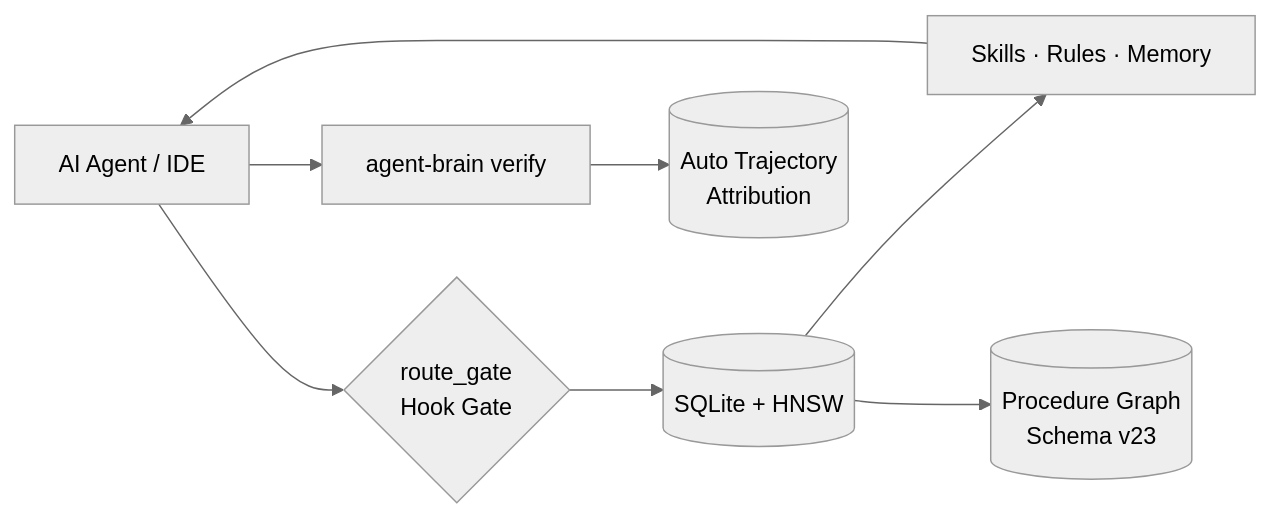
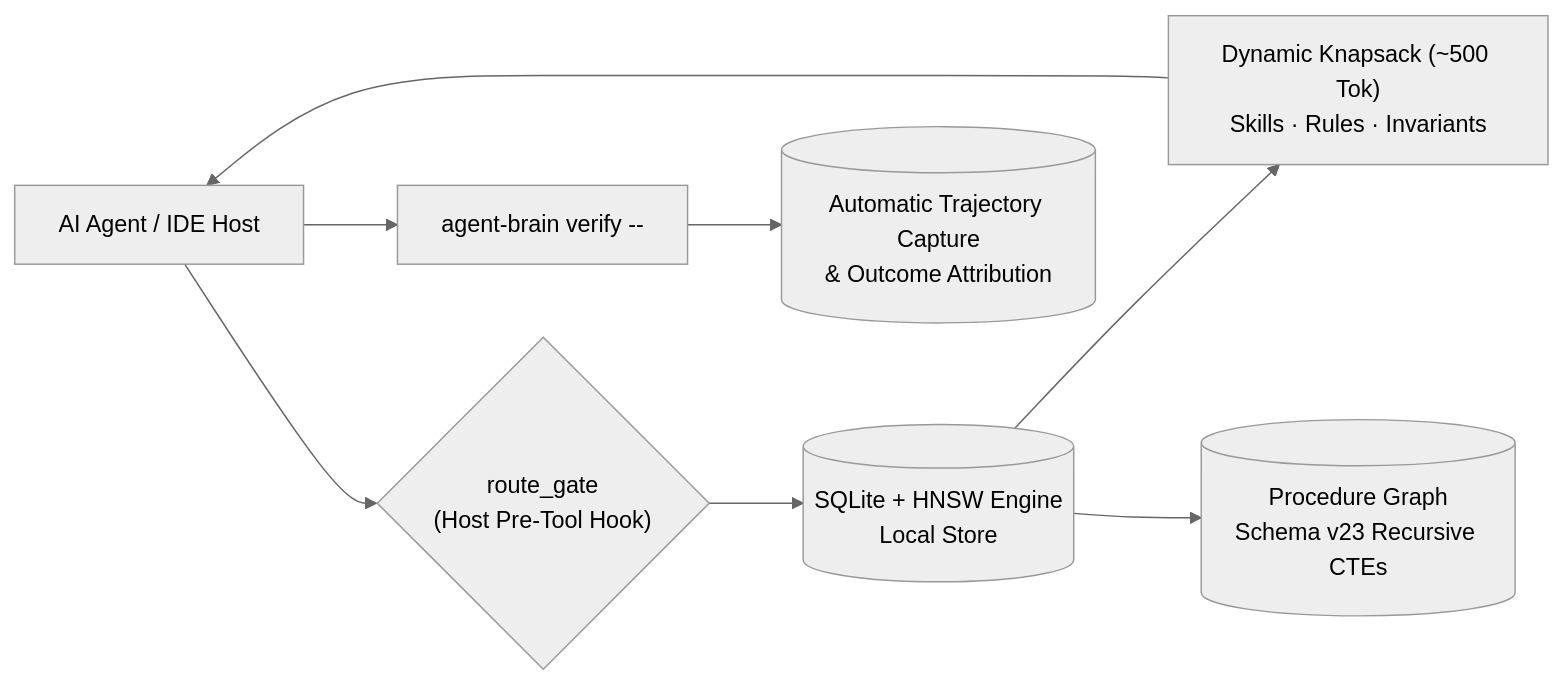
Before and after one commit to autonomic-ai-dev/agent-brain: the diagram in README.md, drawn with Mermaid (neutral theme). The commit also changed other lines of this file and 6 other files, not shown here.

````diff
--- a/README.md
+++ b/README.md
@@ -7,10 +16,10 @@
 ```mermaid
 flowchart LR
-    Host[AI Agent / IDE] --> Gate{route_gate<br>Hook Gate}
-    Gate --> Engine[(SQLite + HNSW)]
-    Engine --> Context[Skills · Rules · Memory]
-    Engine --> Graph[(Procedure Graph<br>Schema v23)]
+    Host["AI Agent / IDE Host"] --> Gate{"route_gate<br/>(Host Pre-Tool Hook)"}
+    Gate --> Engine[("SQLite + HNSW Engine<br/>Local Store")]
+    Engine --> Context["Dynamic Knapsack (~500 Tok)<br/>Skills · Rules · Invariants"]
+    Engine --> Graph[("Procedure Graph<br/>Schema v23 Recursive CTEs")]
     Context --> Host
-    Host --> Verify[agent-brain verify]
-    Verify --> Trajectory[(Auto Trajectory<br>Attribution)]
+    Host --> Verify["agent-brain verify -- <cmd>"]
+    Verify --> Trajectory[("Automatic Trajectory Capture<br/>& Outcome Attribution")]
 ```
````
